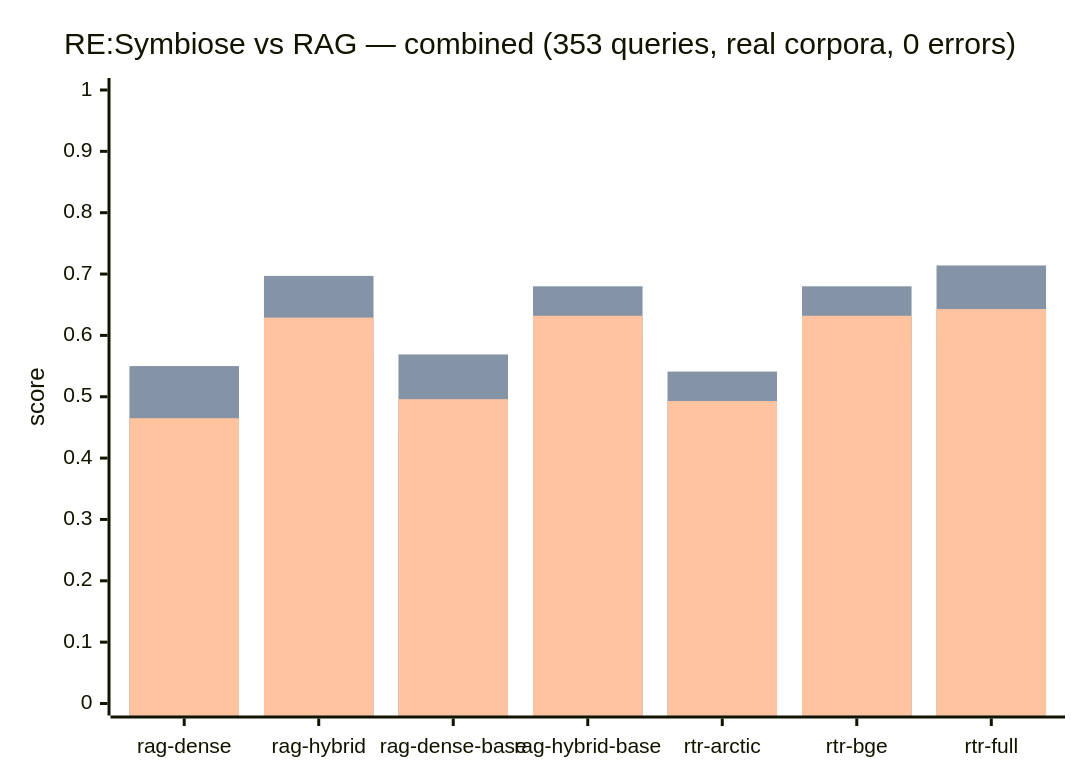
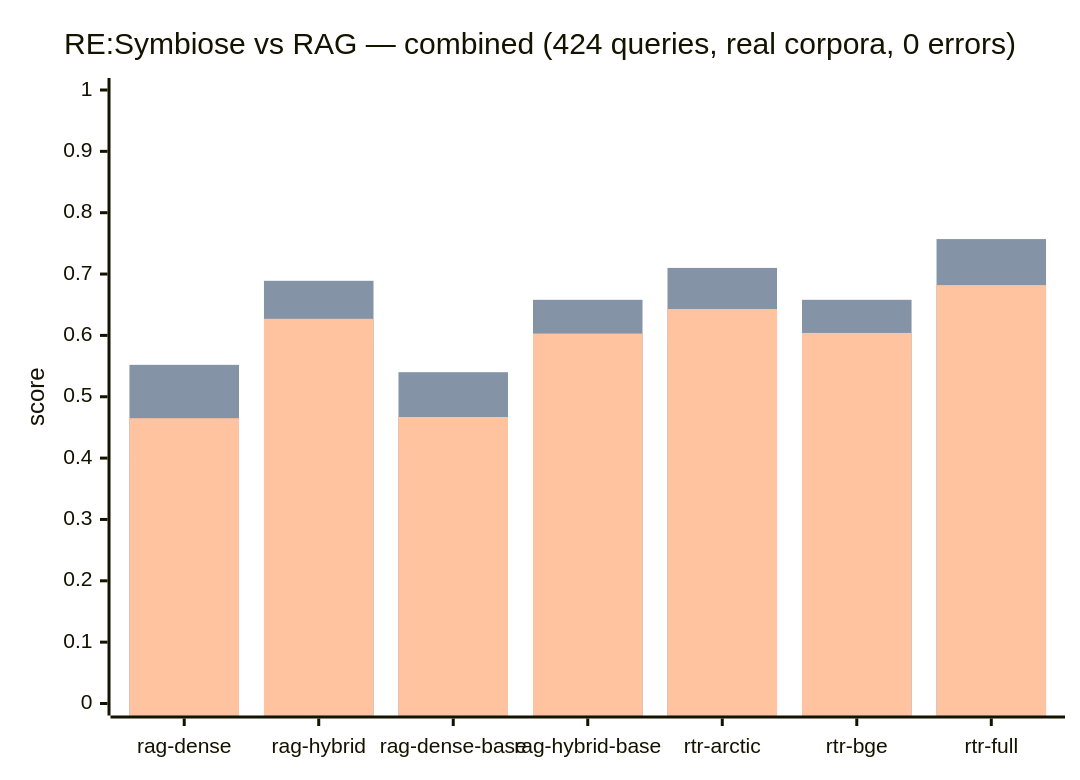
The diagram in eval/versus.mmd (Nova-Violet-Role/RTR-RE), drawn with Mermaid before and after one commit. The commit also changed 6 other files, not shown here.

```diff
--- a/eval/versus.mmd
+++ b/eval/versus.mmd
@@ -1,9 +1,9 @@
 %% SPDX-FileCopyrightText: Nova-Violet Role ORG
 %% SPDX-License-Identifier: EUPL-1.2 OR AGPL-3.0-or-later
 xychart-beta
-    title "RE:Symbiose vs RAG — combined (353 queries, real corpora, 0 errors)"
+    title "RE:Symbiose vs RAG — combined (424 queries, real corpora, 0 errors)"
     x-axis ["rag-dense", "rag-hybrid", "rag-dense-base", "rag-hybrid-base", "rtr-arctic", "rtr-bge", "rtr-full"]
     y-axis "score" 0 --> 1
-    bar "R@1" [0.399, 0.581, 0.442, 0.598, 0.459, 0.598, 0.589]
-    bar "R@3" [0.550, 0.697, 0.569, 0.680, 0.541, 0.680, 0.714]
-    bar "MRR" [0.465, 0.629, 0.496, 0.632, 0.493, 0.632, 0.643]
+    bar "R@1" [0.396, 0.583, 0.413, 0.559, 0.594, 0.561, 0.625]
+    bar "R@3" [0.552, 0.689, 0.540, 0.658, 0.710, 0.658, 0.757]
+    bar "MRR" [0.465, 0.627, 0.467, 0.603, 0.643, 0.604, 0.682]
```
